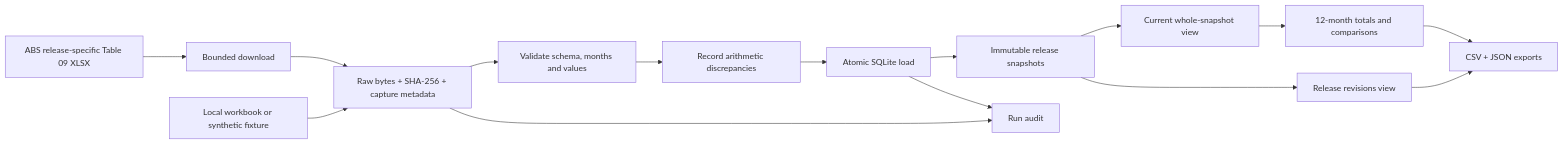
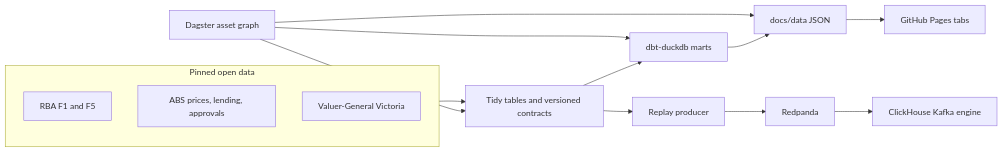
One commit to LuciferDataEngineer/housing-slump-radar changed the diagram in README.md. Above: the diagram before and after it, drawn with Mermaid. The commit also changed other lines of this file and 95 other files, not shown here.

````diff
--- a/README.md
+++ b/README.md
@@ -29,17 +55,18 @@
 ```mermaid
 flowchart LR
-    ABS[ABS release-specific Table 09 XLSX] --> Fetch[Bounded download]
-    Local[Local workbook or synthetic fixture] --> Raw
-    Fetch --> Raw[Raw bytes + SHA-256 + capture metadata]
-    Raw --> Contract[Validate schema, months and values]
-    Contract --> Quality[Record arithmetic discrepancies]
-    Quality --> Tx[Atomic SQLite load]
-    Tx --> Snap[Immutable release snapshots]
-    Snap --> Current[Current whole-snapshot view]
-    Snap --> Diff[Release revisions view]
-    Current --> Metrics[12-month totals and comparisons]
-    Metrics --> Export[CSV + JSON exports]
-    Diff --> Export
-    Raw --> Audit[Run audit]
-    Tx --> Audit
+  subgraph sources [Pinned open data]
+    RBA[RBA F1 and F5]
+    ABS[ABS prices, lending, approvals]
+    VIC[Valuer-General Victoria]
+  end
+  sources --> Tidy[Tidy tables and versioned contracts]
+  Tidy --> Dbt[dbt-duckdb marts]
+  Dbt --> JSON[docs/data JSON]
+  JSON --> Pages[GitHub Pages tabs]
+  Tidy --> Producer[Replay producer]
+  Producer --> Redpanda[Redpanda]
+  Redpanda --> CH[ClickHouse Kafka engine]
+  Dagster[Dagster asset graph] --> Tidy
+  Dagster --> Dbt
+  Dagster --> JSON
 ```
````
